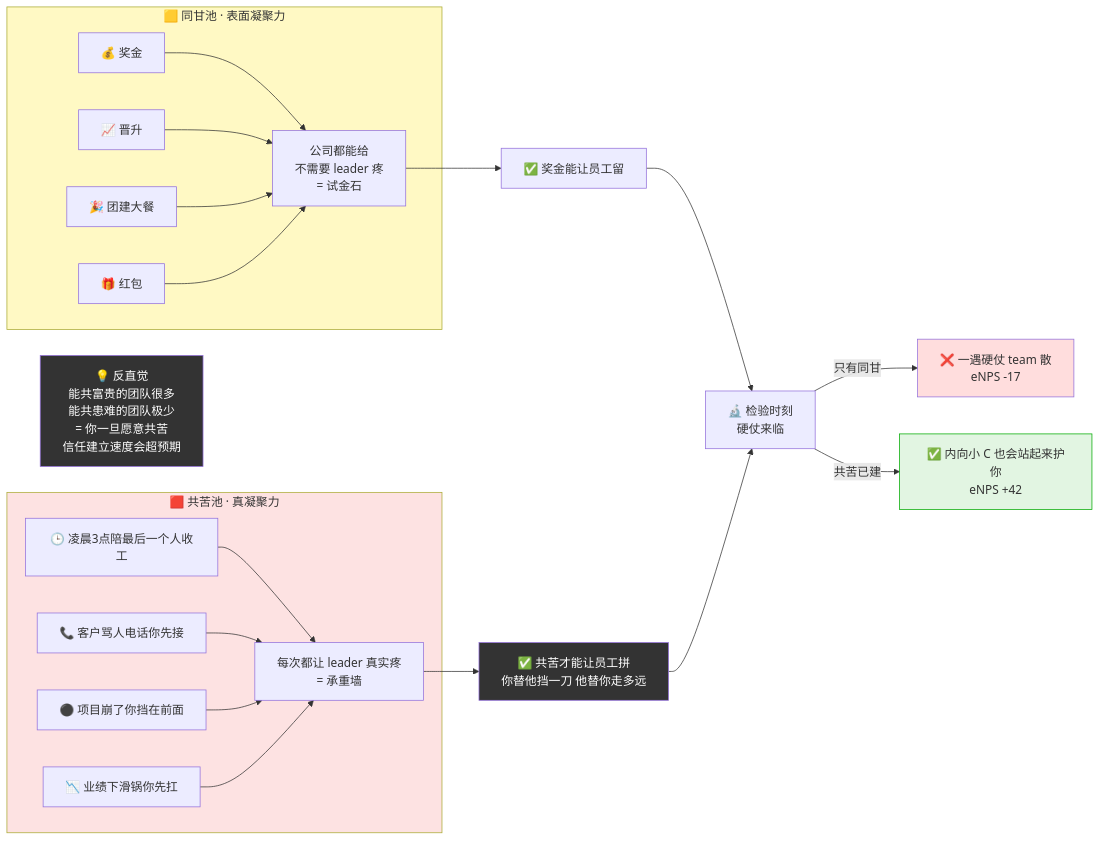
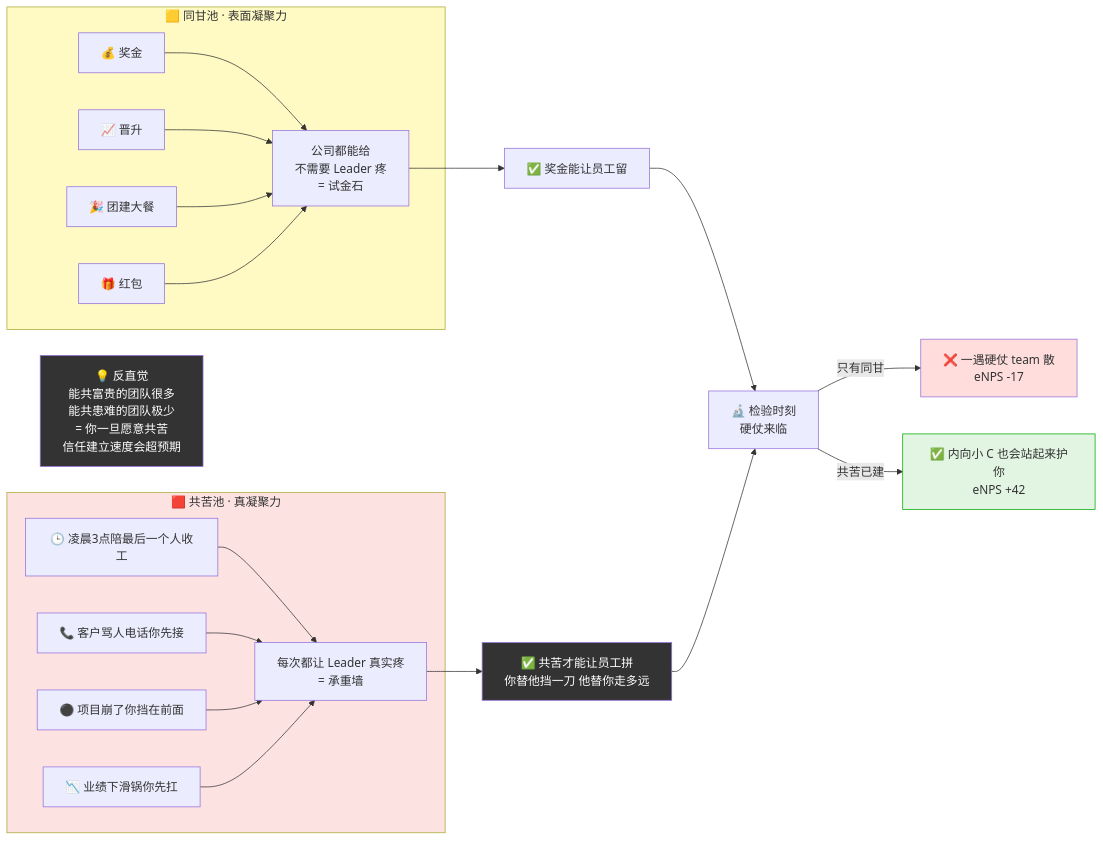
Before and after one commit to chongyang211/YCBookBlog: the tenth of 11 diagrams in packages/website/13.书籍/01.毛选实战心法/41.官兵一致的平等.md, drawn with Mermaid. The commit also changed other lines of this file and 10 other files, not shown here.

````diff
--- a/packages/website/13.书籍/01.毛选实战心法/41.官兵一致的平等.md
+++ b/packages/website/13.书籍/01.毛选实战心法/41.官兵一致的平等.md
@@ -313,36 +446,36 @@
 ```mermaid
 flowchart LR
     subgraph G["🟨 同甘池 · 表面凝聚力"]
         G1["💰 奖金"]
         G2["📈 晋升"]
         G3["🎉 团建大餐"]
         G4["🎁 红包"]
-        G1 & G2 & G3 & G4 --> Gr["公司都能给<br/>不需要 leader 疼<br/>= 试金石"]
+        G1 & G2 & G3 & G4 --> Gr["公司都能给<br/>不需要 Leader 疼<br/>= 试金石"]
     end
 
     subgraph K["🟥 共苦池 · 真凝聚力"]
         K1["🕒 凌晨3点陪最后一个人收工"]
         K2["📞 客户骂人电话你先接"]
         K3["⚫ 项目崩了你挡在前面"]
         K4["📉 业绩下滑锅你先扛"]
-        K1 & K2 & K3 & K4 --> Kr["每次都让 leader 真实疼<br/>= 承重墙"]
+        K1 & K2 & K3 & K4 --> Kr["每次都让 Leader 真实疼<br/>= 承重墙"]
     end
 
     Gr --> Ret["✅ 奖金能让员工留"]
     Kr --> Fight["✅ 共苦才能让员工拼<br/>你替他挡一刀 他替你走多远"]
 
     Ret --> Test["🔬 检验时刻<br/>硬仗来临"]
     Fight --> Test
 
     Test -->|"只有同甘"| Lose["❌ 一遇硬仗 team 散<br/>eNPS -17"]
     Test -->|"共苦已建"| Win["✅ 内向小 C 也会站起来护你<br/>eNPS +42"]
 
     Rare["💡 反直觉<br/>能共富贵的团队很多<br/>能共患难的团队极少<br/>= 你一旦愿意共苦<br/>信任建立速度会超预期"]
 
     style G fill:#fff9c4
     style K fill:#fde2e2
     style Fight fill:#333,color:#fff
     style Win fill:#e2f5e2,stroke:#0a0
     style Lose fill:#fdd
     style Rare fill:#333,color:#fff
 ```
````
